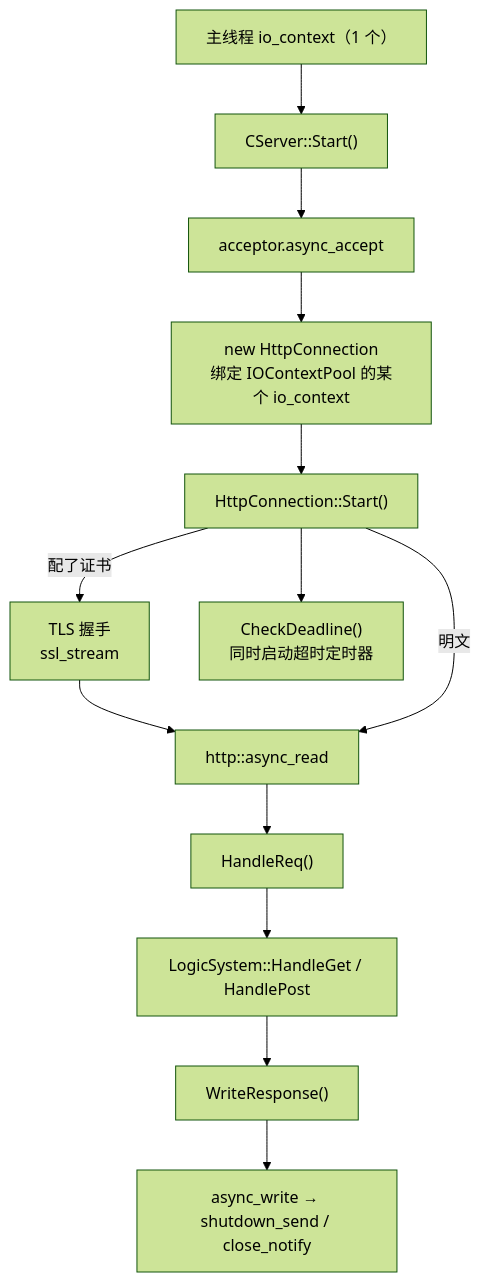
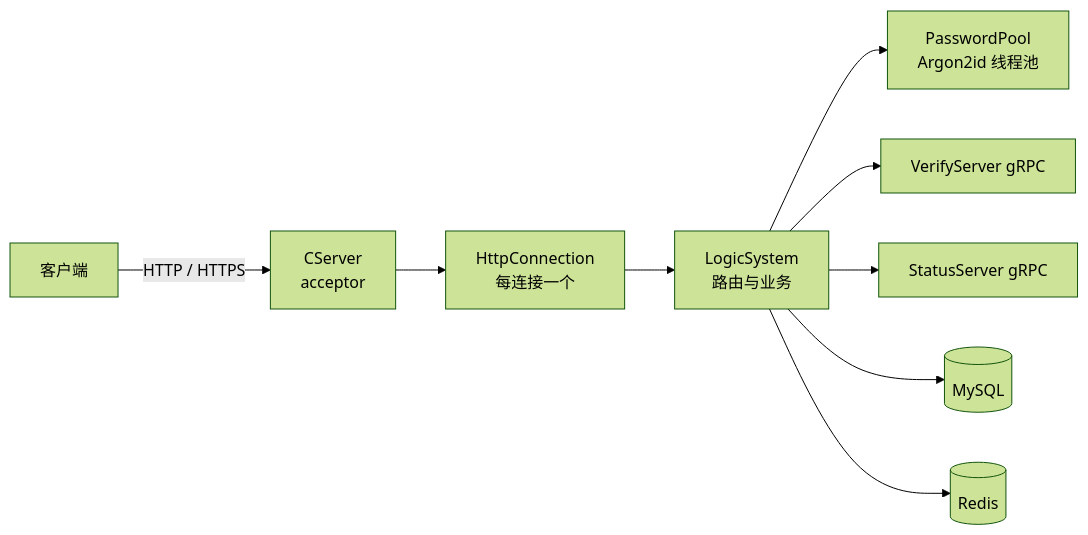
The first of 4 diagrams in docs/07-gate-server.md (yrc920/yunjian), drawn with Mermaid (forest theme) before and after one commit. The commit also changed other lines of this file and 49 other files, not shown here.

````diff
--- a/docs/07-gate-server.md
+++ b/docs/07-gate-server.md
@@ -30,15 +7,11 @@
 ```mermaid
-flowchart TB
-    A["主线程 io_context（1 个）"] --> B["CServer::Start()"]
-    B --> C["acceptor.async_accept"]
-    C --> D["new HttpConnection<br/>绑定 IOContextPool 的某个 io_context"]
-    D --> E["HttpConnection::Start()"]
-    E -->|"配了证书"| E2["TLS 握手<br/>ssl_stream"]
-    E2 --> F["http::async_read"]
-    E -->|"明文"| F
-    F --> G["HandleReq()"]
-    G --> H["LogicSystem::HandleGet / HandlePost"]
-    H --> I["WriteResponse()"]
-    I --> J["async_write → shutdown_send / close_notify"]
-    E --> K["CheckDeadline()<br/>同时启动超时定时器"]
+flowchart LR
+    C["客户端"] -->|"HTTP / HTTPS"| S["CServer<br/>acceptor"]
+    S --> H["HttpConnection<br/>每连接一个"]
+    H --> L["LogicSystem<br/>路由与业务"]
+    L --> P["PasswordPool<br/>Argon2id 线程池"]
+    L --> V["VerifyServer gRPC"]
+    L --> St["StatusServer gRPC"]
+    L --> DB[("MySQL")]
+    L --> R[("Redis")]
 ```
````
